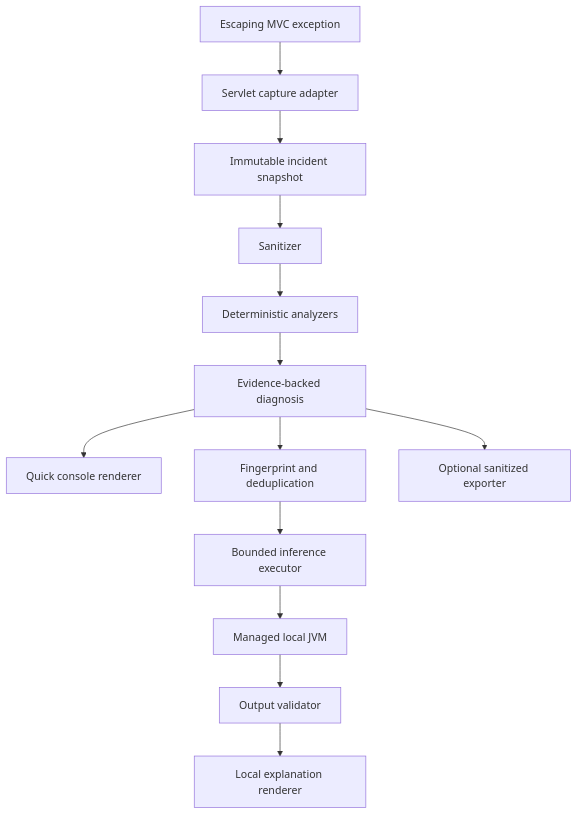
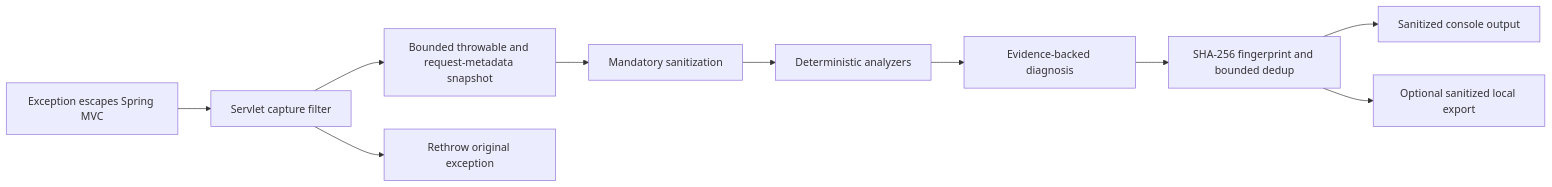
One commit to kalayciburak/stackmate changed the diagram in docs/architecture.md. Above: the diagram before and after it, drawn with Mermaid. The commit also changed other lines of this file and 33 other files, not shown here.

````diff
--- a/docs/architecture.md
+++ b/docs/architecture.md
@@ -9,15 +21,12 @@
 ```mermaid
-flowchart TD
-    A["Escaping MVC exception"] --> B["Servlet capture adapter"]
-    B --> C["Immutable incident snapshot"]
-    C --> D["Sanitizer"]
+flowchart LR
+    A["Exception escapes Spring MVC"] --> B["Servlet capture filter"]
+    B --> C["Bounded throwable and request-metadata snapshot"]
+    C --> D["Mandatory sanitization"]
     D --> E["Deterministic analyzers"]
     E --> F["Evidence-backed diagnosis"]
-    F --> G["Quick console renderer"]
-    F --> H["Fingerprint and deduplication"]
-    H --> I["Bounded inference executor"]
-    I --> J["Managed local JVM"]
-    J --> K["Output validator"]
-    K --> L["Local explanation renderer"]
-    F --> M["Optional sanitized exporter"]
+    F --> G["SHA-256 fingerprint and bounded dedup"]
+    G --> H["Sanitized console output"]
+    G --> I["Optional sanitized local export"]
+    B --> J["Rethrow original exception"]
 ```
````
